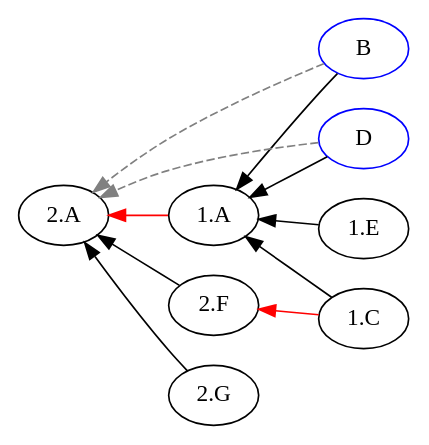
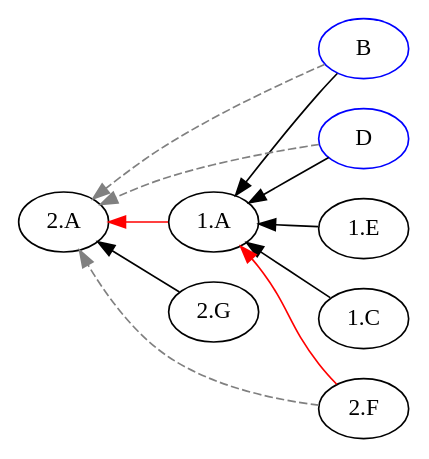
One commit to EulerProject/EulerX changed the diagram in example/output/abstract4/abstract4_pw_2.dot. Above: the diagram before and after it, drawn with Graphviz. The commit also changed 10 other files, not shown here.

```diff
--- a/example/output/abstract4/abstract4_pw_2.dot
+++ b/example/output/abstract4/abstract4_pw_2.dot
@@ -1,19 +1,19 @@
 digraph {
 
 rankdir = RL
 
 "B" [color=blue];
 "D" [color=blue];
 "B" [color=blue];
 "D" [color=blue];
 "1.C" -> "1.A" [style=filled, color=black];
 "1.E" -> "1.A" [style=filled, color=black];
-"2.F" -> "2.A" [style=filled, color=black];
 "2.G" -> "2.A" [style=filled, color=black];
+"2.F" -> "1.A" [style=filled, color=red];
 "1.A" -> "2.A" [style=filled, color=red];
-"1.C" -> "2.F" [style=filled, color=red];
 "B" -> "1.A" [style=filled, color=black];
 "D" -> "1.A" [style=filled, color=black];
+"2.F" -> "2.A" [style=dashed, color=grey];
 "B" -> "2.A" [style=dashed, color=grey];
 "D" -> "2.A" [style=dashed, color=grey];
 }
```
